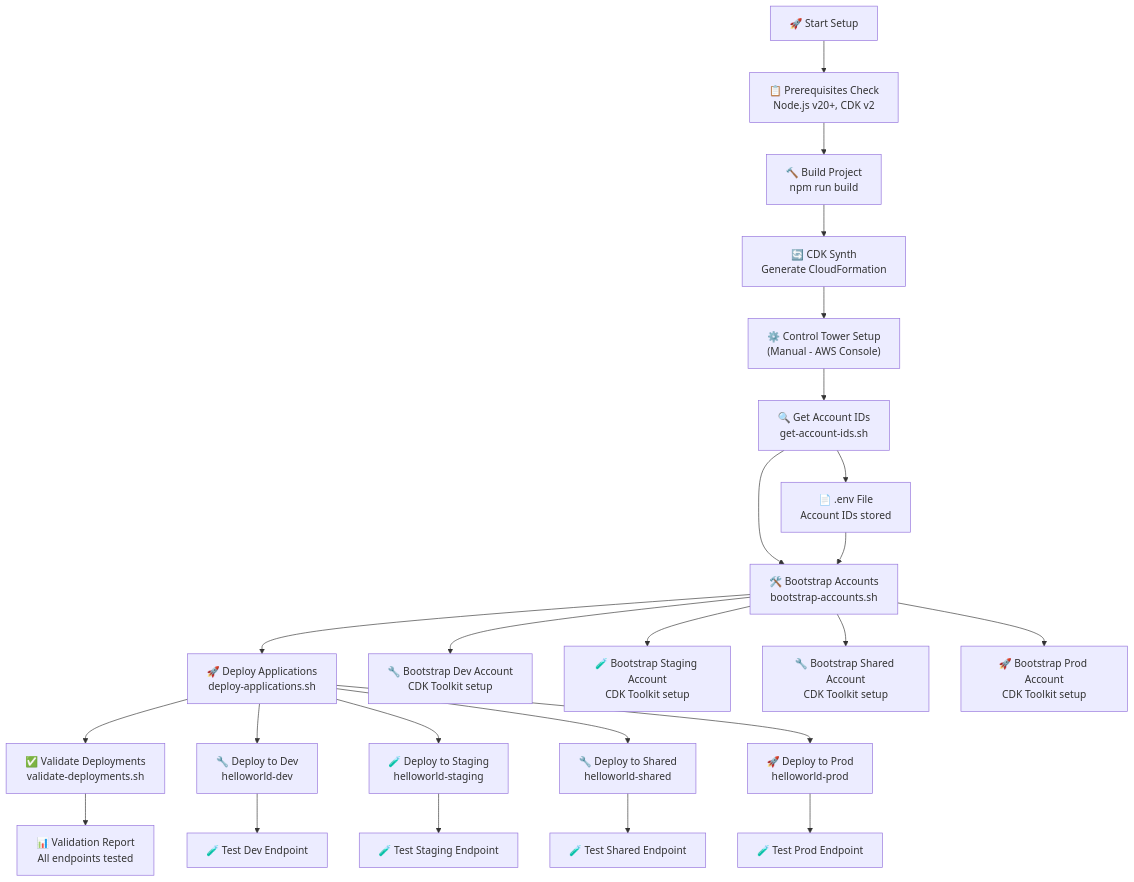
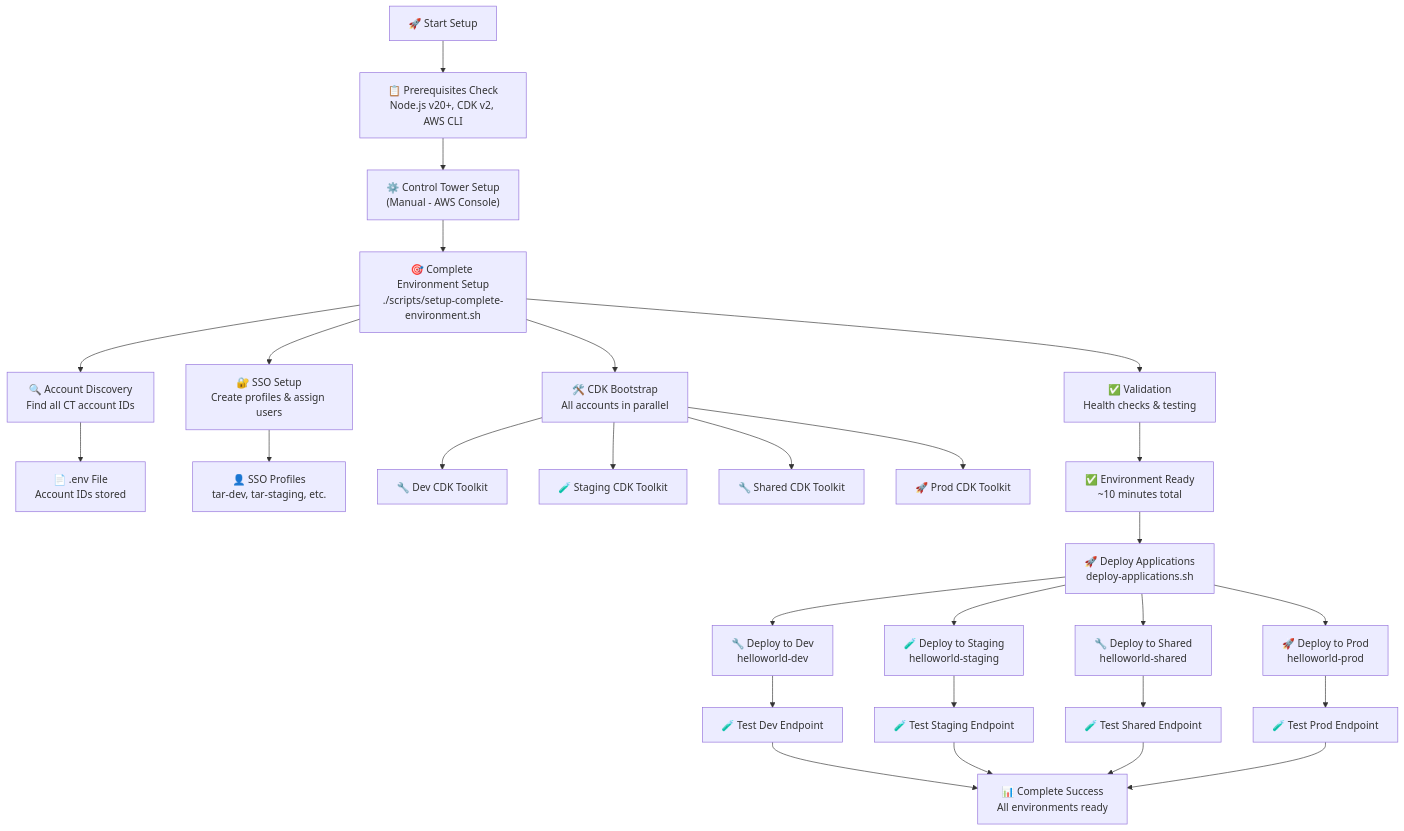
The first of 14 diagrams in app_flow.md (robertrahardja/gctone), drawn with Mermaid before and after one commit. The commit also changed other lines of this file and 18 other files, not shown here.

Commit message:
updated ct_guide and app_flow and scripts so it is consolidated and working up to cdk bootstrap on each account

````diff
--- a/app_flow.md
+++ b/app_flow.md
@@ -7,32 +7,37 @@
 ```mermaid
 graph TB
-    Start["🚀 Start Setup"] --> Prerequisites["📋 Prerequisites Check<br/>Node.js v20+, CDK v2"]
-    Prerequisites --> Build["🔨 Build Project<br/>npm run build"]
-    Build --> Synth["🔄 CDK Synth<br/>Generate CloudFormation"]
-    Synth --> ControlTower["⚙️ Control Tower Setup<br/>(Manual - AWS Console)"]
+    Start["🚀 Start Setup"] --> Prerequisites["📋 Prerequisites Check<br/>Node.js v20+, CDK v2, AWS CLI"]
+    Prerequisites --> ControlTower["⚙️ Control Tower Setup<br/>(Manual - AWS Console)"]
     
-    ControlTower --> GetAccounts["🔍 Get Account IDs<br/>get-account-ids.sh"]
-    GetAccounts --> Bootstrap["🛠️ Bootstrap Accounts<br/>bootstrap-accounts.sh"]
-    Bootstrap --> Deploy["🚀 Deploy Applications<br/>deploy-applications.sh"]
-    Deploy --> Validate["✅ Validate Deployments<br/>validate-deployments.sh"]
+    ControlTower --> CompleteSetup["🎯 Complete Environment Setup<br/>./scripts/setup-complete-environment.sh"]
     
-    GetAccounts --> EnvFile["📄 .env File<br/>Account IDs stored"]
-    EnvFile --> Bootstrap
+    CompleteSetup --> AccountDiscovery["🔍 Account Discovery<br/>Find all CT account IDs"]
+    CompleteSetup --> SSOSetup["🔐 SSO Setup<br/>Create profiles & assign users"]
+    CompleteSetup --> CDKBootstrap["🛠️ CDK Bootstrap<br/>All accounts in parallel"]
+    CompleteSetup --> Validation["✅ Validation<br/>Health checks & testing"]
     
-    Bootstrap --> DevBootstrap["🔧 Bootstrap Dev Account<br/>CDK Toolkit setup"]
-    Bootstrap --> StagingBootstrap["🧪 Bootstrap Staging Account<br/>CDK Toolkit setup"]
-    Bootstrap --> SharedBootstrap["🔧 Bootstrap Shared Account<br/>CDK Toolkit setup"]
-    Bootstrap --> ProdBootstrap["🚀 Bootstrap Prod Account<br/>CDK Toolkit setup"]
+    AccountDiscovery --> EnvFile["📄 .env File<br/>Account IDs stored"]
+    SSOSetup --> Profiles["👤 SSO Profiles<br/>tar-dev, tar-staging, etc."]
+    CDKBootstrap --> DevBootstrap["🔧 Dev CDK Toolkit"]
+    CDKBootstrap --> StagingBootstrap["🧪 Staging CDK Toolkit"]
+    CDKBootstrap --> SharedBootstrap["🔧 Shared CDK Toolkit"]
+    CDKBootstrap --> ProdBootstrap["🚀 Prod CDK Toolkit"]
+    
+    Validation --> Ready["✅ Environment Ready<br/>~10 minutes total"]
+    Ready --> Deploy["🚀 Deploy Applications<br/>deploy-applications.sh"]
     
     Deploy --> DevDeploy["🔧 Deploy to Dev<br/>helloworld-dev"]
     Deploy --> StagingDeploy["🧪 Deploy to Staging<br/>helloworld-staging"]
     Deploy --> SharedDeploy["🔧 Deploy to Shared<br/>helloworld-shared"]
     Deploy --> ProdDeploy["🚀 Deploy to Prod<br/>helloworld-prod"]
     
     DevDeploy --> DevTest["🧪 Test Dev Endpoint"]
     StagingDeploy --> StagingTest["🧪 Test Staging Endpoint"]
     SharedDeploy --> SharedTest["🧪 Test Shared Endpoint"]
     ProdDeploy --> ProdTest["🧪 Test Prod Endpoint"]
     
-    Validate --> ValidationReport["📊 Validation Report<br/>All endpoints tested"]
+    DevTest --> ValidationReport["📊 Complete Success<br/>All environments ready"]
+    StagingTest --> ValidationReport
+    SharedTest --> ValidationReport
+    ProdTest --> ValidationReport
 ```
````
